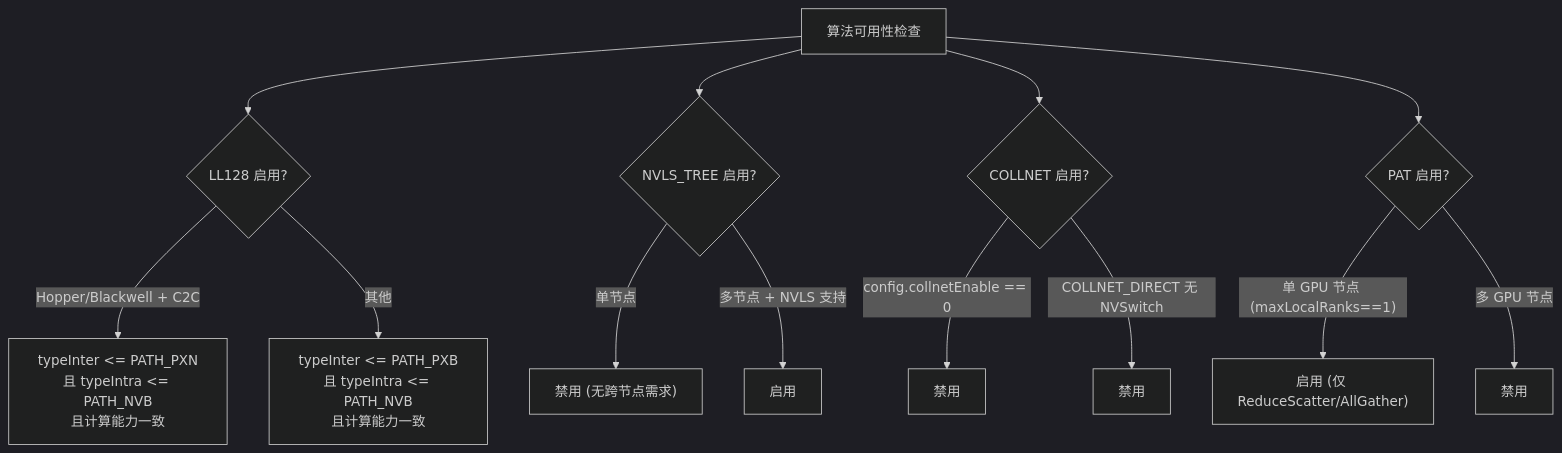
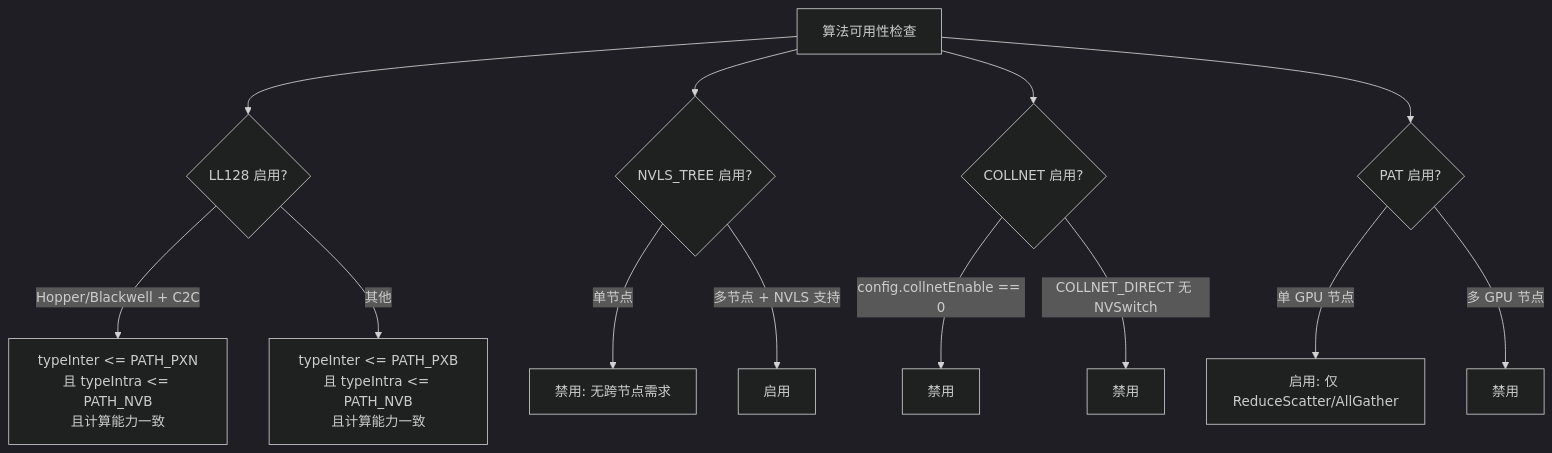
Before and after one commit to s0okiym/share: the second of 2 diagrams in dd_nccl_glm5.1/08-algorithm-protocol.md, drawn with Mermaid (dark theme). The commit also changed other lines of this file and 19 other files, not shown here.

````diff
--- a/dd_nccl_glm5.1/08-algorithm-protocol.md
+++ b/dd_nccl_glm5.1/08-algorithm-protocol.md
@@ -144,18 +130,18 @@
 ```mermaid
 flowchart TD
-    A["算法可用性检查"] --> B{LL128 启用?}
+    A["算法可用性检查"] --> B{"LL128 启用?"}
     B -->|"Hopper/Blackwell + C2C"| B1["typeInter <= PATH_PXN\n且 typeIntra <= PATH_NVB\n且计算能力一致"]
     B -->|"其他"| B2["typeInter <= PATH_PXB\n且 typeIntra <= PATH_NVB\n且计算能力一致"]
 
-    A --> C{NVLS_TREE 启用?}
-    C -->|"单节点"| C1["禁用 (无跨节点需求)"]
+    A --> C{"NVLS_TREE 启用?"}
+    C -->|"单节点"| C1["禁用: 无跨节点需求"]
     C -->|"多节点 + NVLS 支持"| C2["启用"]
 
-    A --> D{COLLNET 启用?}
+    A --> D{"COLLNET 启用?"}
     D -->|"config.collnetEnable == 0"| D1["禁用"]
     D -->|"COLLNET_DIRECT 无 NVSwitch"| D2["禁用"]
 
-    A --> E{PAT 启用?}
-    E -->|"单 GPU 节点 (maxLocalRanks==1)"| E1["启用 (仅 ReduceScatter/AllGather)"]
+    A --> E{"PAT 启用?"}
+    E -->|"单 GPU 节点"| E1["启用: 仅 ReduceScatter/AllGather"]
     E -->|"多 GPU 节点"| E2["禁用"]
 ```
````
